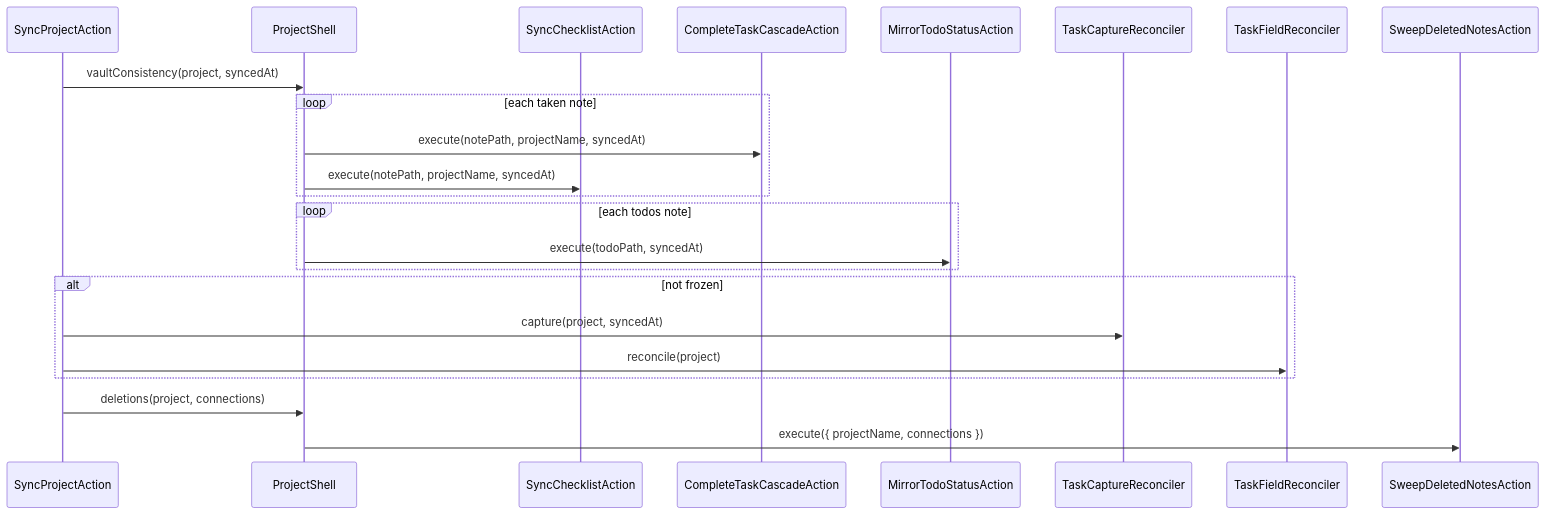
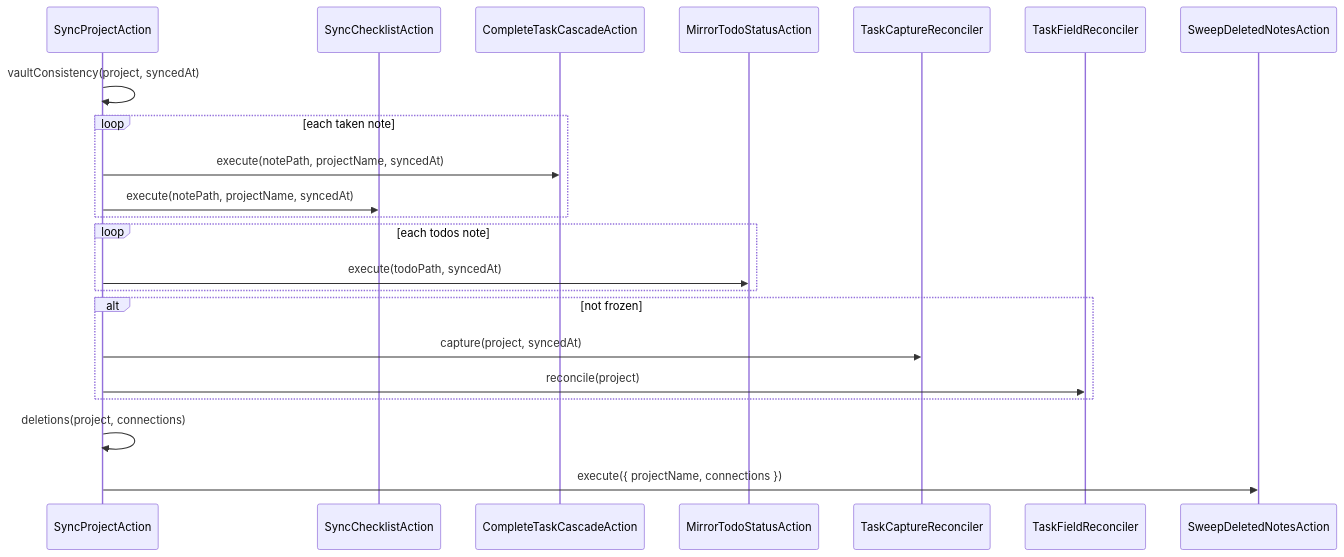
Before and after one commit to 99linesofcode/obsidian-project-management: the third of 18 diagrams in docs/developer-manual.md, drawn with Mermaid. The commit also changed other lines of this file and 6 other files, not shown here.

First line of the commit message:
refactor: retire the vault-maintenance shell

````diff
--- a/docs/developer-manual.md
+++ b/docs/developer-manual.md
@@ -238,26 +235,25 @@
 ```mermaid
 sequenceDiagram
   participant SP as SyncProjectAction
-  participant Shell as ProjectShell
   participant Chk as SyncChecklistAction
   participant Cas as CompleteTaskCascadeAction
   participant Mir as MirrorTodoStatusAction
   participant TC as TaskCaptureReconciler
   participant TF as TaskFieldReconciler
   participant Sweep as SweepDeletedNotesAction
 
-  SP->>Shell: vaultConsistency(project, syncedAt)
+  SP->>SP: vaultConsistency(project, syncedAt)
   loop each taken note
-    Shell->>Cas: execute(notePath, projectName, syncedAt)
-    Shell->>Chk: execute(notePath, projectName, syncedAt)
+    SP->>Cas: execute(notePath, projectName, syncedAt)
+    SP->>Chk: execute(notePath, projectName, syncedAt)
   end
   loop each todos note
-    Shell->>Mir: execute(todoPath, syncedAt)
+    SP->>Mir: execute(todoPath, syncedAt)
   end
   alt not frozen
     SP->>TC: capture(project, syncedAt)
     SP->>TF: reconcile(project)
   end
-  SP->>Shell: deletions(project, connections)
-  Shell->>Sweep: execute({ projectName, connections })
+  SP->>SP: deletions(project, connections)
+  SP->>Sweep: execute({ projectName, connections })
 ```
````
